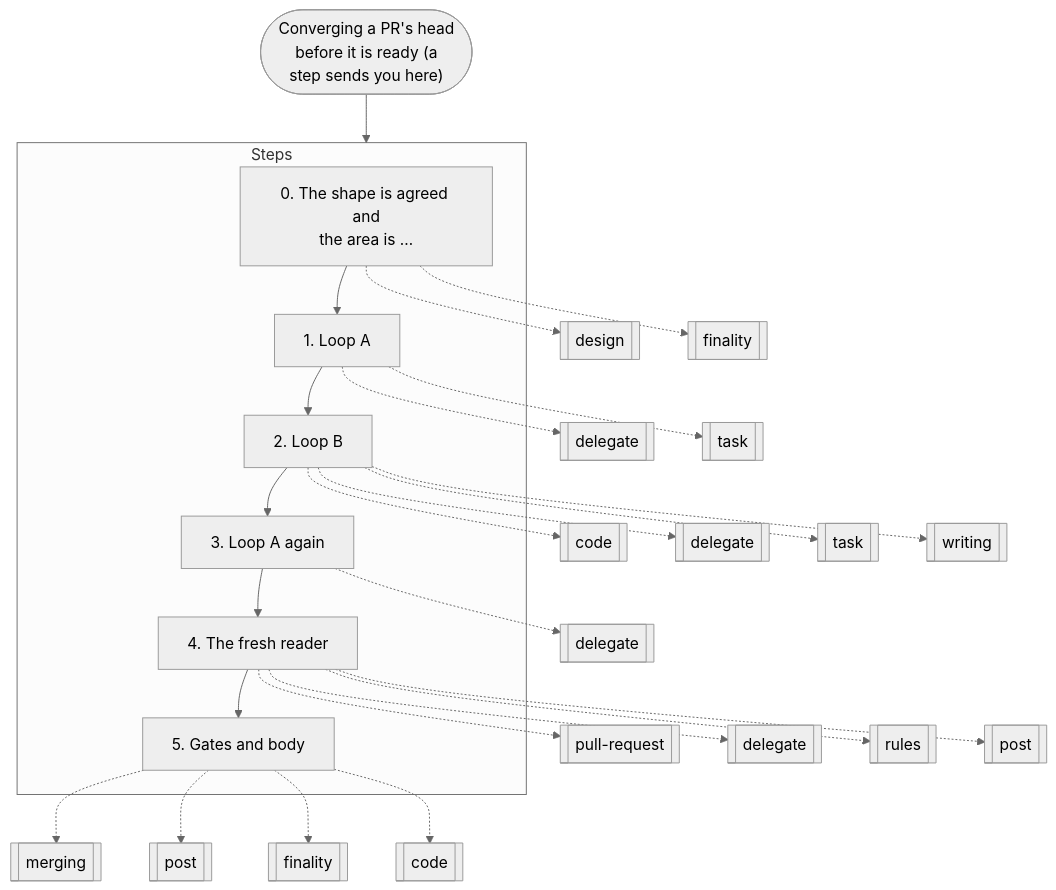
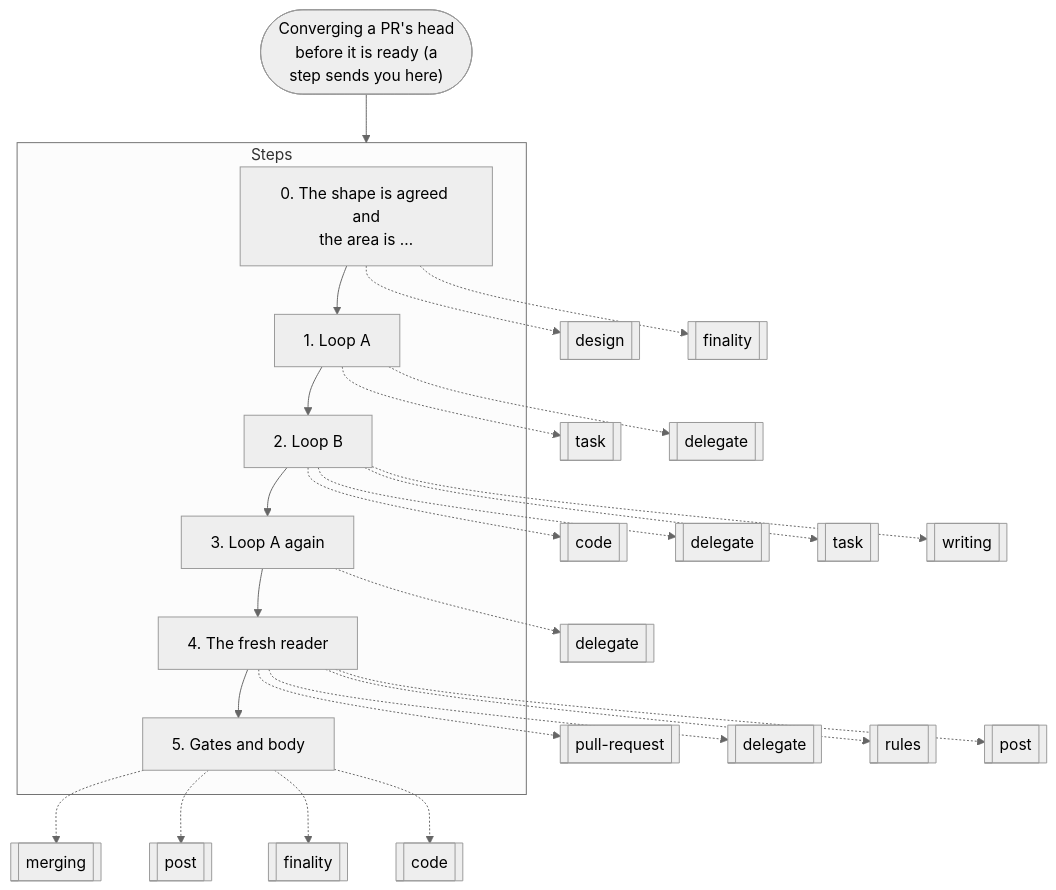
Diagram 11 of 19 in docs/graphs.md (nitedani/mergeworthy), drawn with Mermaid (neutral theme) before and after one commit. The commit also changed other lines of this file and 6 other files, not shown here.

````diff
--- a/docs/graphs.md
+++ b/docs/graphs.md
@@ -296,35 +296,35 @@
 ```mermaid
 flowchart TB
   start(["Converging a PR's head<br/>before it is ready (a<br/>step sends you here)"])
   subgraph g0["Steps"]
     s0["0. The shape is agreed and<br/>the area is …"]
     s1["1. Loop A"]
     s0 --> s1
     s2["2. Loop B"]
     s1 --> s2
     s3["3. Loop A again"]
     s2 --> s3
     s4["4. The fresh reader"]
     s3 --> s4
     s5["5. Gates and body"]
     s4 --> s5
   end
   s0 -.-> r1[["design"]]
   s0 -.-> r2[["finality"]]
-  s1 -.-> r3[["delegate"]]
-  s1 -.-> r4[["task"]]
+  s1 -.-> r3[["task"]]
+  s1 -.-> r4[["delegate"]]
   s2 -.-> r5[["code"]]
   s2 -.-> r6[["delegate"]]
   s2 -.-> r7[["task"]]
   s2 -.-> r8[["writing"]]
   s3 -.-> r9[["delegate"]]
   s4 -.-> r10[["pull-request"]]
   s4 -.-> r11[["delegate"]]
   s4 -.-> r12[["rules"]]
   s4 -.-> r13[["post"]]
   s5 -.-> r14[["merging"]]
   s5 -.-> r15[["post"]]
   s5 -.-> r16[["finality"]]
   s5 -.-> r17[["code"]]
   start --> g0
 ```
````
